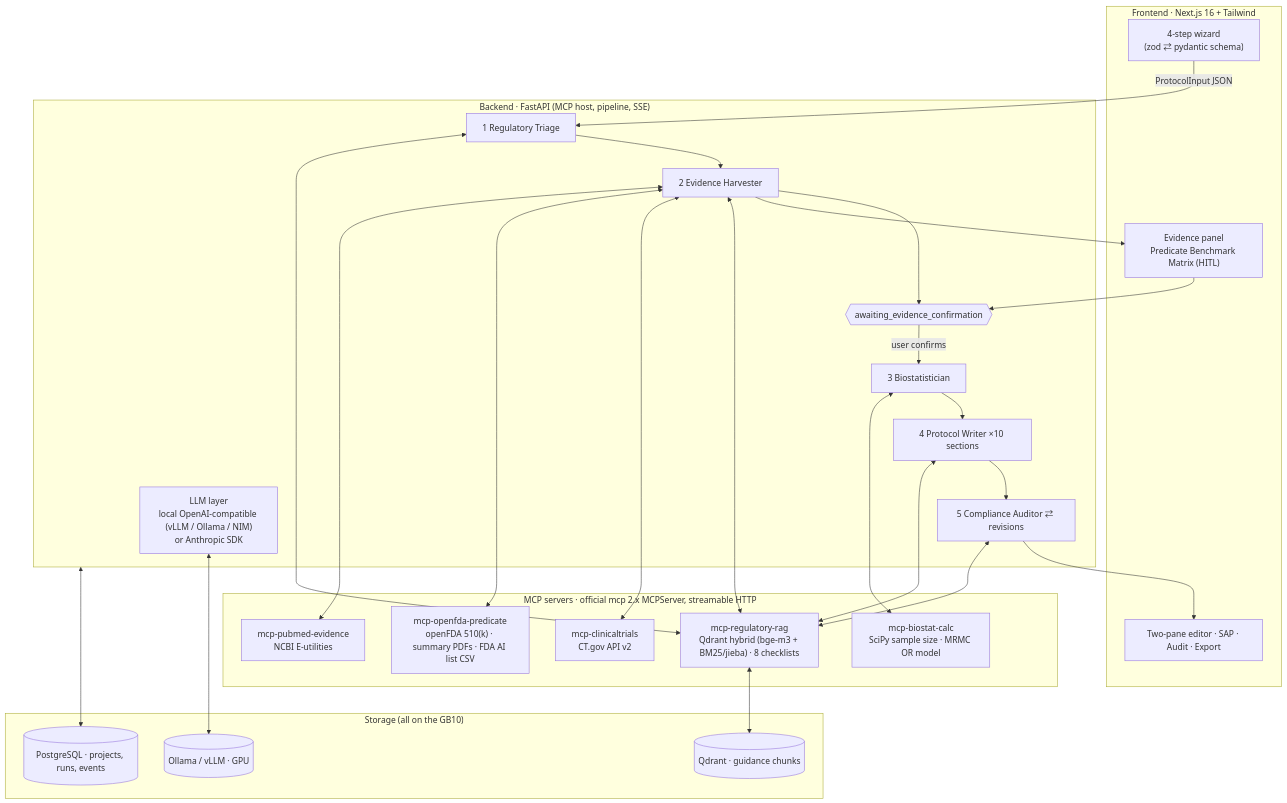
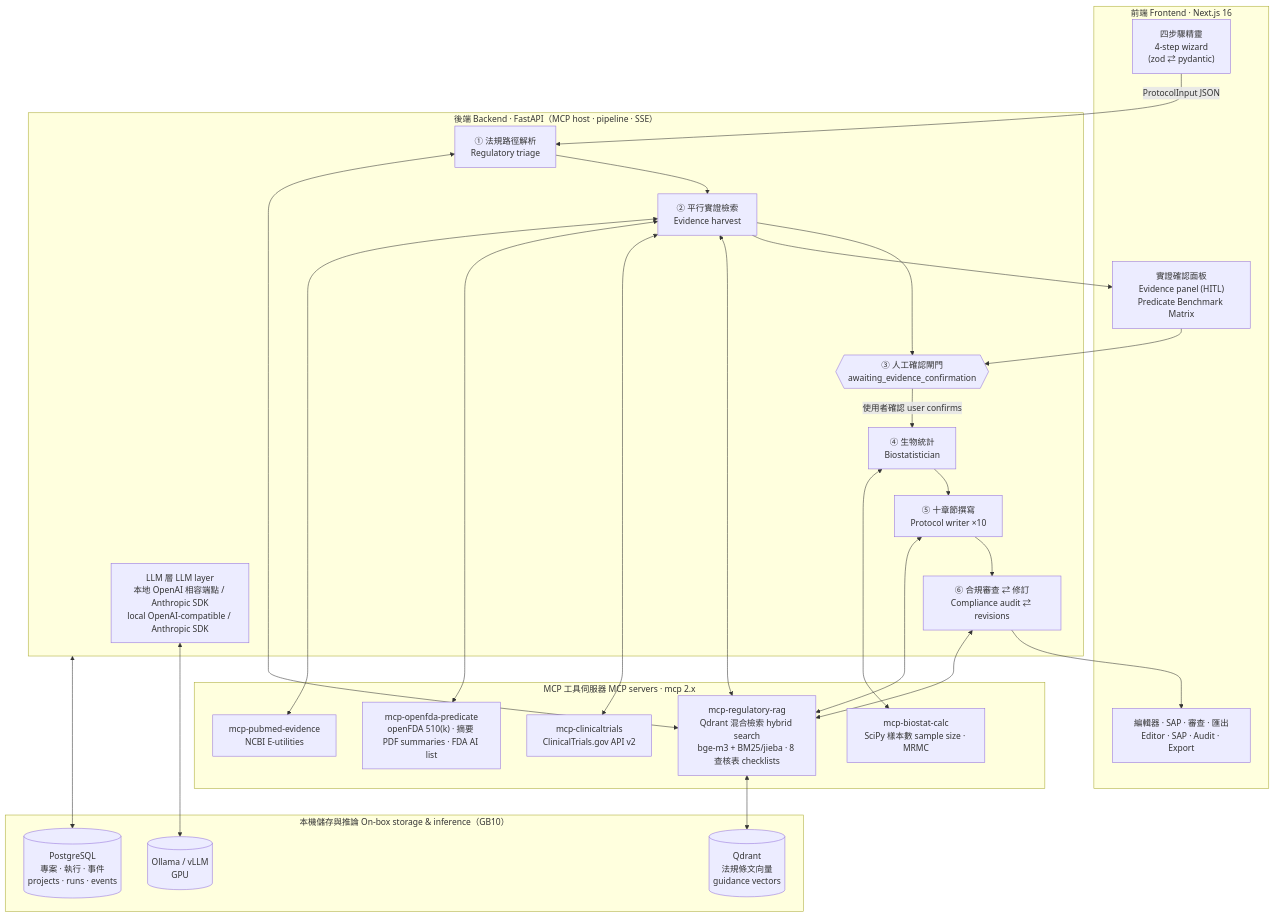
The diagram in README.md (yaufan/Clinical-trials-agent), drawn with Mermaid before and after one commit. The commit also changed other lines of this file and 1 other file, not shown here.

First line of the commit message:
docs: bilingual (zh-TW + English) README and new architecture document

````diff
--- a/README.md
+++ b/README.md
@@ -31,42 +54,42 @@
 ```mermaid
 flowchart TB
-    subgraph UI["Frontend · Next.js 16 + Tailwind"]
-        WIZ["4-step wizard<br/>(zod ⇄ pydantic schema)"]
-        EVID["Evidence panel<br/>Predicate Benchmark Matrix (HITL)"]
-        EDIT["Two-pane editor · SAP · Audit · Export"]
+    subgraph UI["前端 Frontend · Next.js 16"]
+        WIZ["四步驟精靈<br/>4-step wizard<br/>(zod ⇄ pydantic)"]
+        EVID["實證確認面板<br/>Evidence panel (HITL)<br/>Predicate Benchmark Matrix"]
+        EDIT["編輯器 · SAP · 審查 · 匯出<br/>Editor · SAP · Audit · Export"]
     end
 
-    subgraph HOST["Backend · FastAPI (MCP host, pipeline, SSE)"]
-        TRIAGE["1 Regulatory Triage"]
-        HARV["2 Evidence Harvester"]
-        GATE{{"awaiting_evidence_confirmation"}}
-        BIO["3 Biostatistician"]
-        WRITER["4 Protocol Writer ×10 sections"]
-        AUDIT["5 Compliance Auditor ⇄ revisions"]
-        LLM["LLM layer<br/>local OpenAI-compatible (vLLM / Ollama / NIM)<br/>or Anthropic SDK"]
+    subgraph HOST["後端 Backend · FastAPI（MCP host · pipeline · SSE）"]
+        TRIAGE["① 法規路徑解析<br/>Regulatory triage"]
+        HARV["② 平行實證檢索<br/>Evidence harvest"]
+        GATE{{"③ 人工確認閘門<br/>awaiting_evidence_confirmation"}}
+        BIO["④ 生物統計<br/>Biostatistician"]
+        WRITER["⑤ 十章節撰寫<br/>Protocol writer ×10"]
+        AUDIT["⑥ 合規審查 ⇄ 修訂<br/>Compliance audit ⇄ revisions"]
+        LLM["LLM 層 LLM layer<br/>本地 OpenAI 相容端點 / Anthropic SDK<br/>local OpenAI-compatible / Anthropic SDK"]
     end
 
-    subgraph MCP["MCP servers · official mcp 2.x MCPServer, streamable HTTP"]
-        M1["mcp-clinicaltrials<br/>CT.gov API v2"]
-        M2["mcp-openfda-predicate<br/>openFDA 510(k) · summary PDFs · FDA AI list CSV"]
+    subgraph MCP["MCP 工具伺服器 MCP servers · mcp 2.x"]
+        M1["mcp-clinicaltrials<br/>ClinicalTrials.gov API v2"]
+        M2["mcp-openfda-predicate<br/>openFDA 510(k) · 摘要 PDF summaries · FDA AI list"]
         M3["mcp-pubmed-evidence<br/>NCBI E-utilities"]
-        M4["mcp-regulatory-rag<br/>Qdrant hybrid (bge-m3 + BM25/jieba) · 8 checklists"]
-        M5["mcp-biostat-calc<br/>SciPy sample size · MRMC OR model"]
+        M4["mcp-regulatory-rag<br/>Qdrant 混合檢索 hybrid search<br/>bge-m3 + BM25/jieba · 8 查核表 checklists"]
+        M5["mcp-biostat-calc<br/>SciPy 樣本數 sample size · MRMC"]
     end
 
-    subgraph DATA["Storage (all on the GB10)"]
-        PG[("PostgreSQL · projects, runs, events")]
-        QD[("Qdrant · guidance chunks")]
-        OL[("Ollama / vLLM · GPU")]
+    subgraph DATA["本機儲存與推論 On-box storage & inference（GB10）"]
+        PG[("PostgreSQL<br/>專案 · 執行 · 事件<br/>projects · runs · events")]
+        QD[("Qdrant<br/>法規條文向量<br/>guidance vectors")]
+        OL[("Ollama / vLLM<br/>GPU")]
     end
 
     WIZ -->|ProtocolInput JSON| TRIAGE --> HARV --> GATE
-    GATE -->|user confirms| BIO --> WRITER --> AUDIT --> EDIT
     HARV --> EVID --> GATE
+    GATE -->|使用者確認 user confirms| BIO --> WRITER --> AUDIT --> EDIT
     TRIAGE & HARV & WRITER & AUDIT <--> M4
     HARV <--> M1 & M2 & M3
     BIO <--> M5
     M4 <--> QD
     HOST <--> PG
     LLM <--> OL
 ```
````
